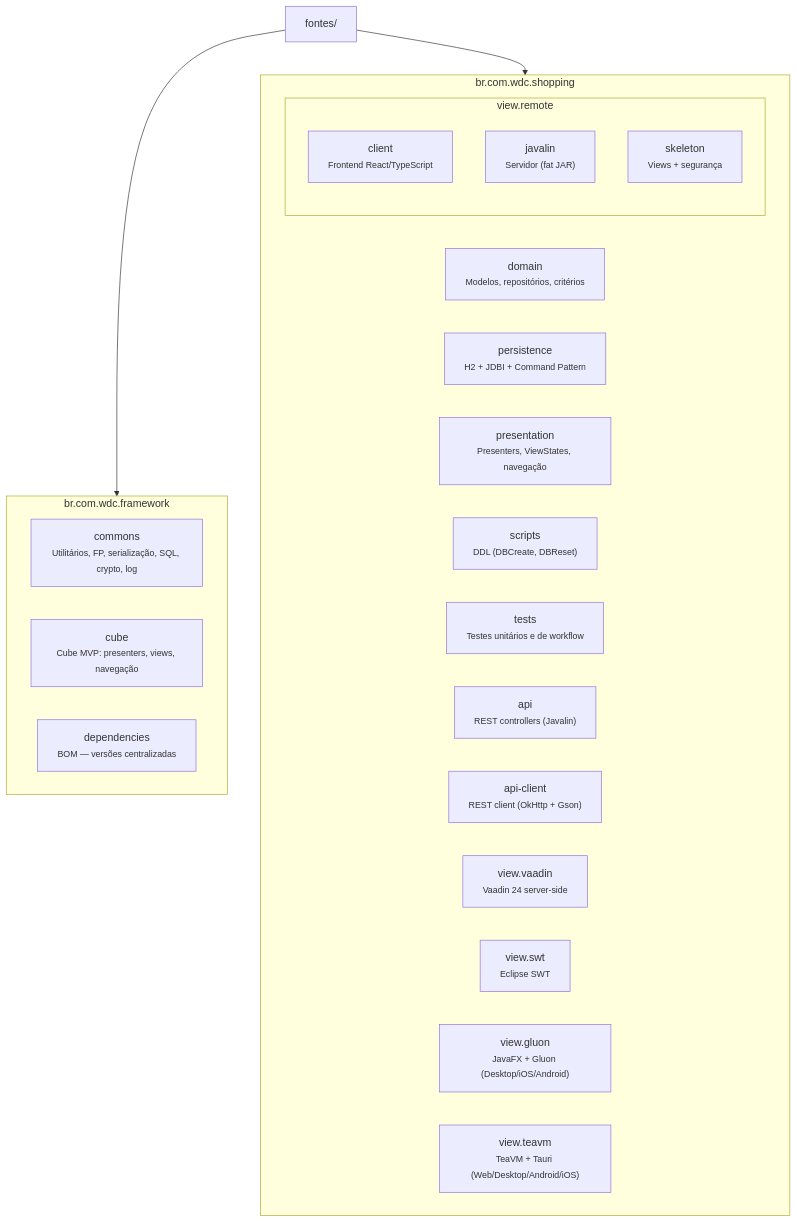
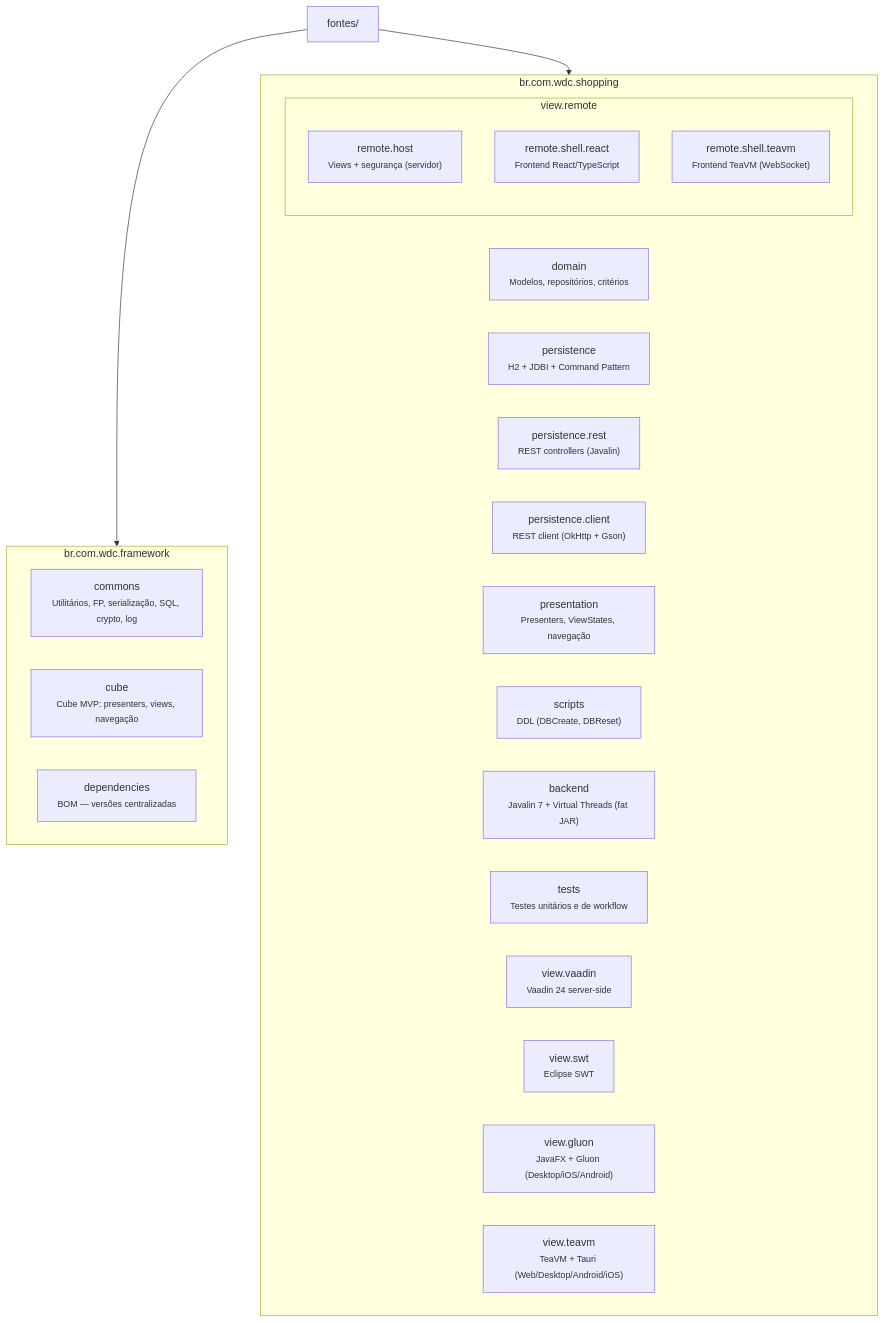
The second of 3 diagrams in README.md (mrcdom/wdc-cube-java-v2), drawn with Mermaid before and after one commit. The commit also changed other lines of this file and 2 other files, not shown here.

````diff
--- a/README.md
+++ b/README.md
@@ -55,34 +55,35 @@
 ```mermaid
 graph TD
     fontes["fontes/"]
 
     subgraph Framework["br.com.wdc.framework"]
         commons["commons<br/><small>Utilitários, FP, serialização, SQL, crypto, log</small>"]
         cube["cube<br/><small>Cube MVP: presenters, views, navegação</small>"]
         deps["dependencies<br/><small>BOM — versões centralizadas</small>"]
     end
 
     subgraph Shopping["br.com.wdc.shopping"]
         domain["domain<br/><small>Modelos, repositórios, critérios</small>"]
         persistence["persistence<br/><small>H2 + JDBI + Command Pattern</small>"]
+        persistRest["persistence.rest<br/><small>REST controllers (Javalin)</small>"]
+        persistClient["persistence.client<br/><small>REST client (OkHttp + Gson)</small>"]
         presentation["presentation<br/><small>Presenters, ViewStates, navegação</small>"]
         scripts["scripts<br/><small>DDL (DBCreate, DBReset)</small>"]
+        backend["backend<br/><small>Javalin 7 + Virtual Threads (fat JAR)</small>"]
         tests["tests<br/><small>Testes unitários e de workflow</small>"]
-        api["api<br/><small>REST controllers (Javalin)</small>"]
-        apiClient["api-client<br/><small>REST client (OkHttp + Gson)</small>"]
 
         subgraph ViewReact["view.remote"]
-            reactClient["client<br/><small>Frontend React/TypeScript</small>"]
-            reactJavalin["javalin<br/><small>Servidor (fat JAR)</small>"]
-            reactSkeleton["skeleton<br/><small>Views + segurança</small>"]
+            reactHost["remote.host<br/><small>Views + segurança (servidor)</small>"]
+            reactShellReact["remote.shell.react<br/><small>Frontend React/TypeScript</small>"]
+            reactShellTeavm["remote.shell.teavm<br/><small>Frontend TeaVM (WebSocket)</small>"]
         end
 
         viewVaadin["view.vaadin<br/><small>Vaadin 24 server-side</small>"]
         viewSwt["view.swt<br/><small>Eclipse SWT</small>"]
         viewGluon["view.gluon<br/><small>JavaFX + Gluon (Desktop/iOS/Android)</small>"]
         viewTeavm["view.teavm<br/><small>TeaVM + Tauri (Web/Desktop/Android/iOS)</small>"]
     end
 
     fontes --> Framework
     fontes --> Shopping
 ```
````
